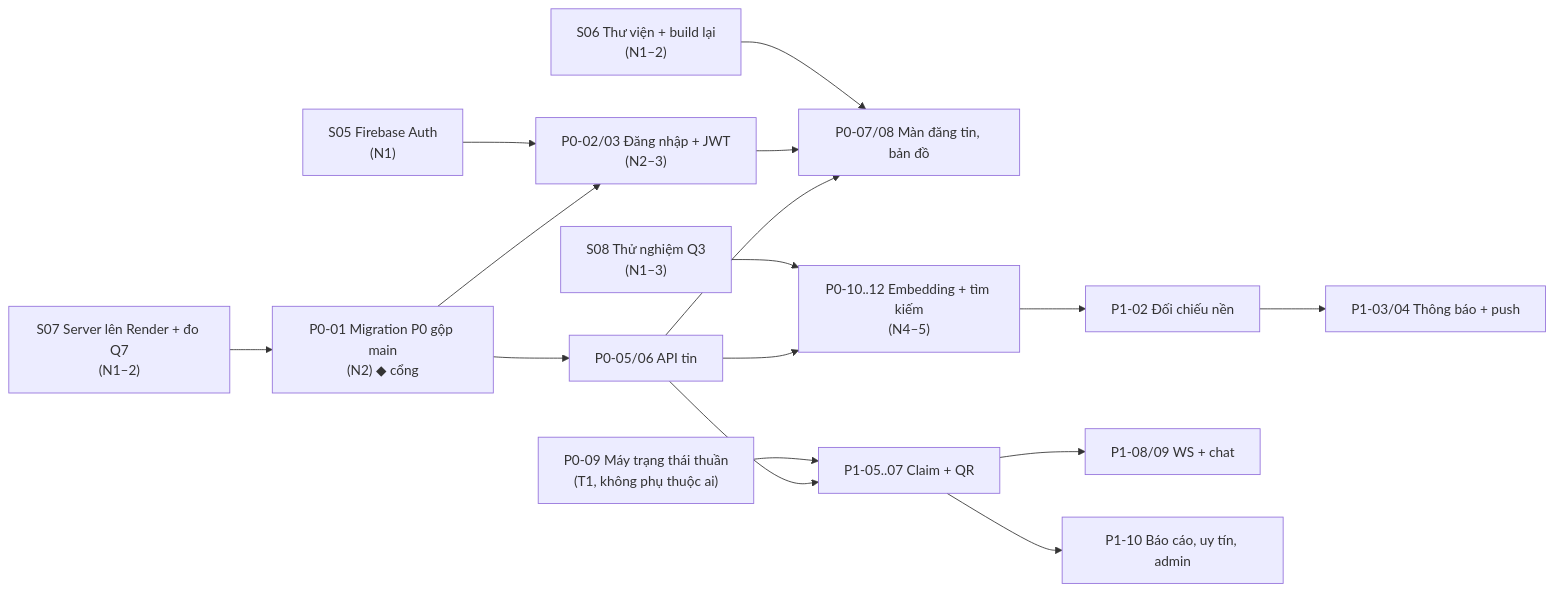
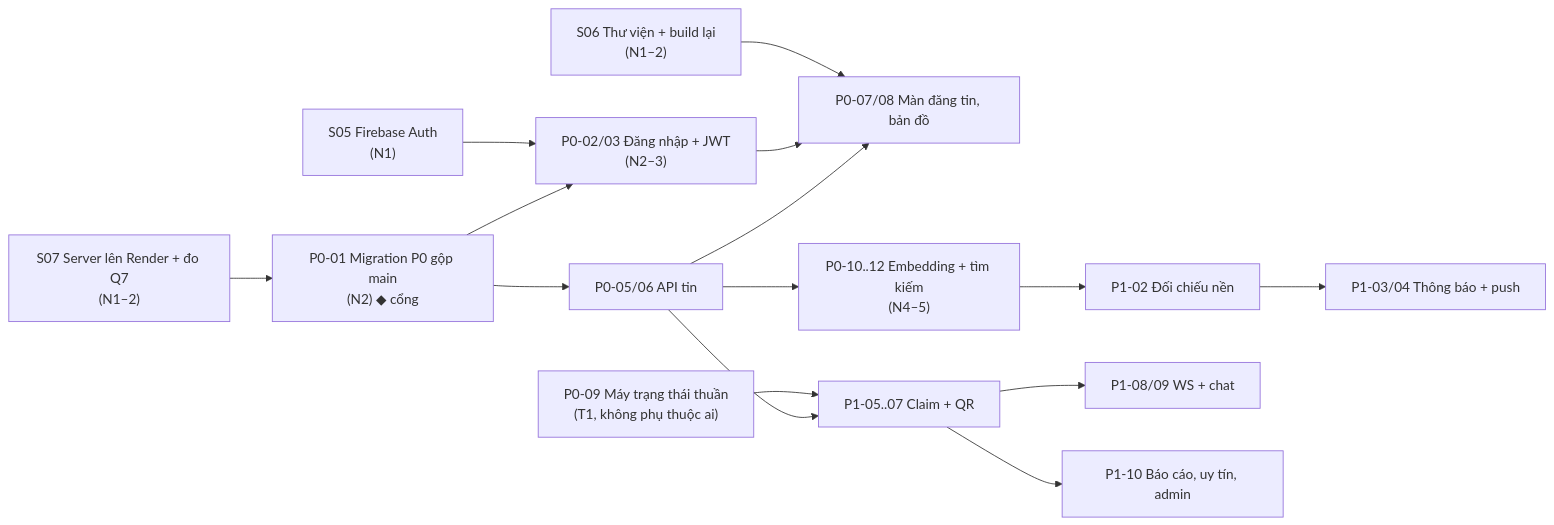
The diagram in docs/kien-truc/10-ke-hoach-3-tuan.md (ndkxm/Refound), drawn with Mermaid before and after one commit. The commit also changed other lines of this file and 19 other files, not shown here.

````diff
--- a/docs/kien-truc/10-ke-hoach-3-tuan.md
+++ b/docs/kien-truc/10-ke-hoach-3-tuan.md
@@ -21,15 +21,14 @@
 ```mermaid
 flowchart LR
   S06["S06 Thư viện + build lại<br/>(N1–2)"] --> AP
   S07["S07 Server lên Render + đo Q7<br/>(N1–2)"] --> M0
   S05["S05 Firebase Auth<br/>(N1)"] --> AU
   M0["P0-01 Migration P0 gộp main<br/>(N2) ◆ cổng"] --> AU & IT
   AU["P0-02/03 Đăng nhập + JWT<br/>(N2–3)"] --> AP
   IT["P0-05/06 API tin"] --> AP["P0-07/08 Màn đăng tin, bản đồ"]
-  S08["S08 Thử nghiệm Q3<br/>(N1–3)"] --> SE
   IT --> SE["P0-10..12 Embedding + tìm kiếm<br/>(N4–5)"]
   SE --> AM["P1-02 Đối chiếu nền"] --> NO["P1-03/04 Thông báo + push"]
   SM["P0-09 Máy trạng thái thuần<br/>(T1, không phụ thuộc ai)"] --> CL
   IT --> CL["P1-05..07 Claim + QR"] --> CH["P1-08/09 WS + chat"]
   CL --> MO["P1-10 Báo cáo, uy tín, admin"]
 ```
````
